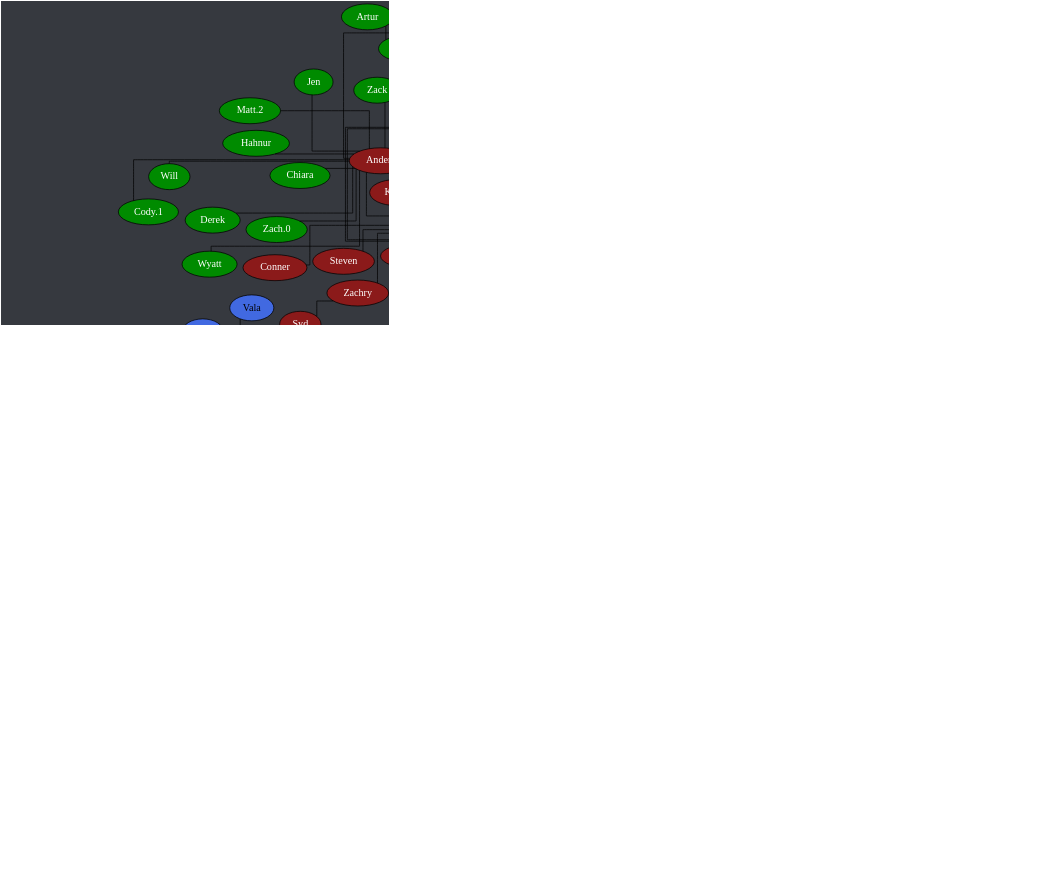
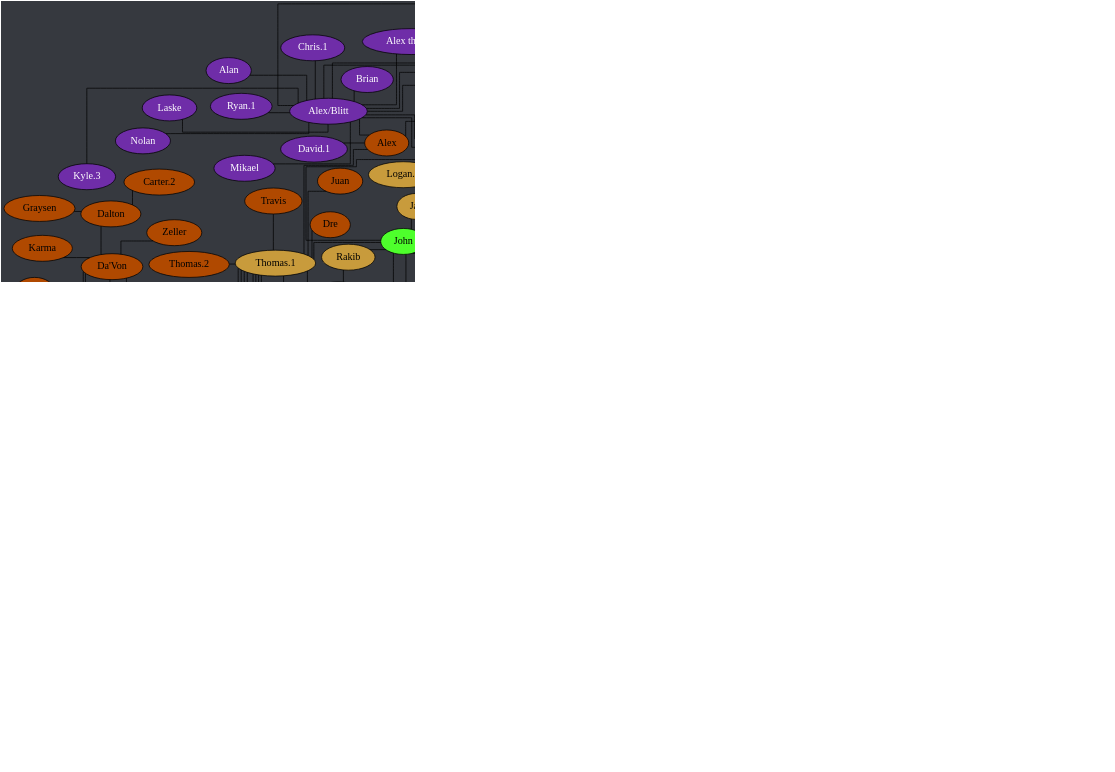
The diagram in tree.dot (Documidas/CoronaCatzFamilyTree), drawn with Graphviz before and after one commit. The commit also changed 1 other file, not shown here.

```diff
--- a/tree.dot
+++ b/tree.dot
@@ -106,6 +106,7 @@
 		Jared -- Chad;
 		Jared -- Dave;
 		Jared -- Donnie;
+		Jared -- Em;
 		Jared -- Fabi;
 		Jared -- Frank;
 		Jared -- Greg;
```
